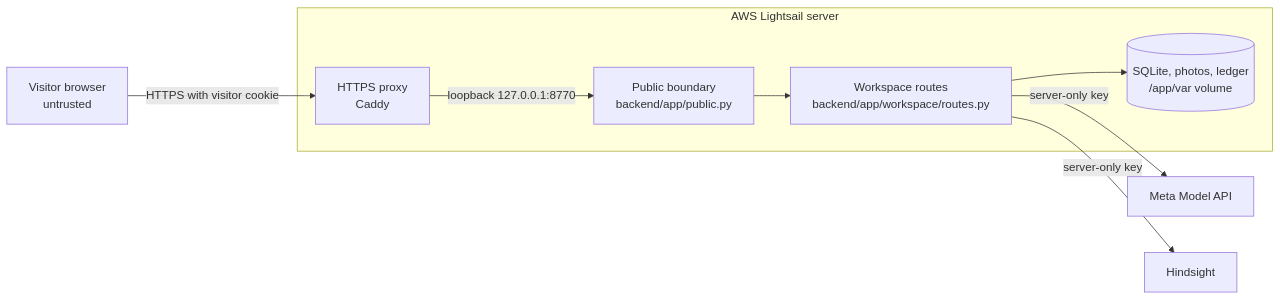
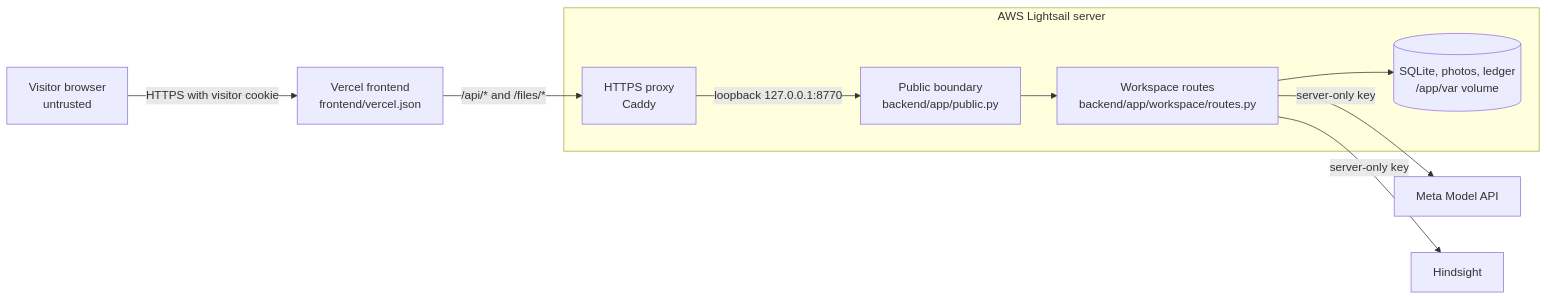
One commit to PDGamerSG/speclens changed the diagram in docs/security/threat-model.md. Above: the diagram before and after it, drawn with Mermaid. The commit also changed other lines of this file and 8 other files, not shown here.

First line of the commit message:
docs: describe the Vercel frontend and its API rewrites

````diff
--- a/docs/security/threat-model.md
+++ b/docs/security/threat-model.md
@@ -27,19 +27,21 @@
 ```mermaid
 flowchart LR
   visitor["Visitor browser<br/>untrusted"]
+  edge["Vercel frontend<br/>frontend/vercel.json"]
   subgraph server["AWS Lightsail server"]
     caddy["HTTPS proxy<br/>Caddy"]
     gate["Public boundary<br/>backend/app/public.py"]
     routes["Workspace routes<br/>backend/app/workspace/routes.py"]
     db[("SQLite, photos, ledger<br/>/app/var volume")]
   end
   vision["Meta Model API"]
   hind["Hindsight"]
 
-  visitor -- "HTTPS with visitor cookie" --> caddy
+  visitor -- "HTTPS with visitor cookie" --> edge
+  edge -- "/api/* and /files/*" --> caddy
   caddy -- "loopback 127.0.0.1:8770" --> gate
   gate --> routes
   routes --> db
   routes -- "server-only key" --> vision
   routes -- "server-only key" --> hind
 ```
````
